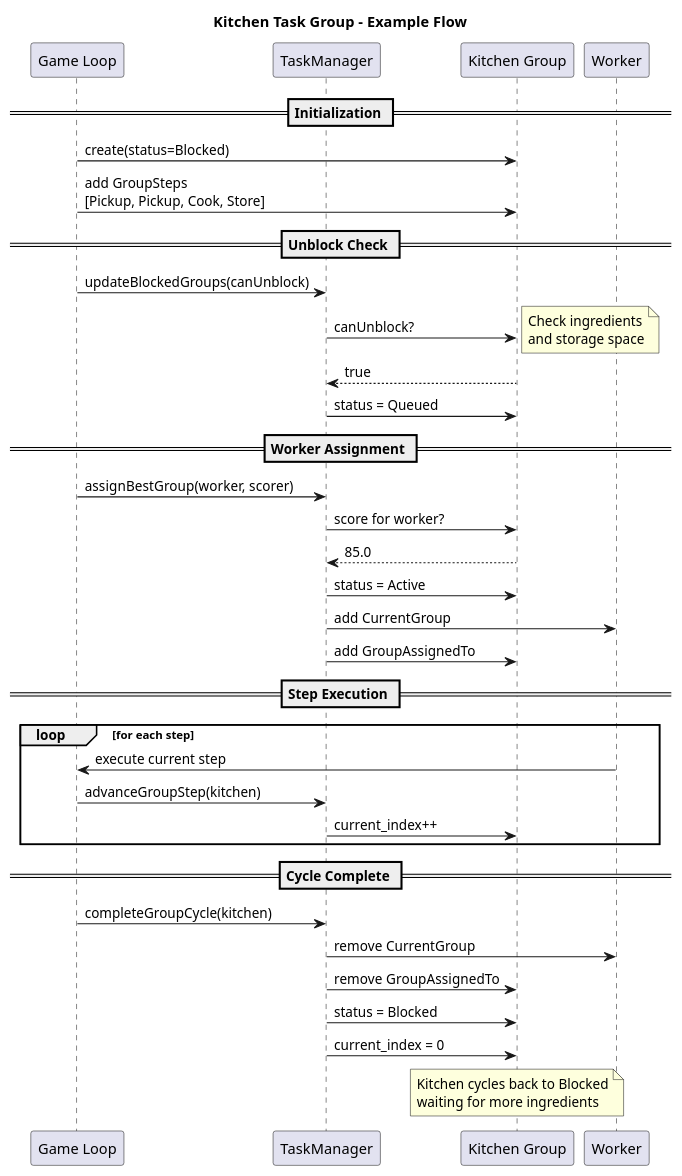
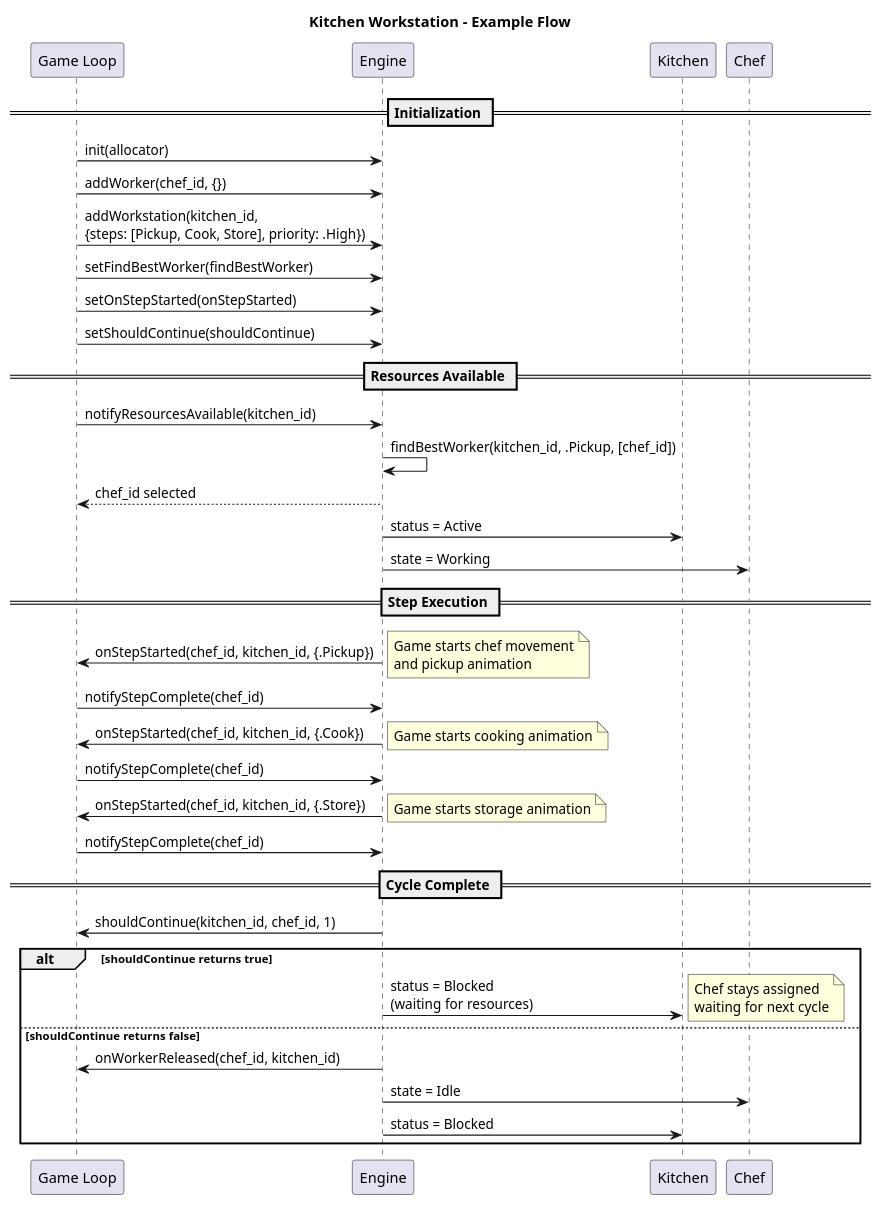
The diagram in uml/kitchen_example.puml (labelle-toolkit/labelle-tasks), drawn with PlantUML before and after one commit. The commit also changed 41 other files, not shown here.

```diff
--- a/uml/kitchen_example.puml
+++ b/uml/kitchen_example.puml
@@ -1,47 +1,49 @@
 @startuml kitchen_example
-title Kitchen Task Group - Example Flow
+title Kitchen Workstation - Example Flow
 
 participant "Game Loop" as game
-participant "TaskManager" as tm
-participant "Kitchen Group" as kitchen
-participant "Worker" as worker
+participant "Engine" as engine
+participant "Kitchen" as kitchen
+participant "Chef" as chef
 
 == Initialization ==
-game -> kitchen : create(status=Blocked)
-game -> kitchen : add GroupSteps\n[Pickup, Pickup, Cook, Store]
+game -> engine : init(allocator)
+game -> engine : addWorker(chef_id, {})
+game -> engine : addWorkstation(kitchen_id,\n{steps: [Pickup, Cook, Store], priority: .High})
+game -> engine : setFindBestWorker(findBestWorker)
+game -> engine : setOnStepStarted(onStepStarted)
+game -> engine : setShouldContinue(shouldContinue)
 
-== Unblock Check ==
-game -> tm : updateBlockedGroups(canUnblock)
-tm -> kitchen : canUnblock?
-note right: Check ingredients\nand storage space
-kitchen --> tm : true
-tm -> kitchen : status = Queued
-
-== Worker Assignment ==
-game -> tm : assignBestGroup(worker, scorer)
-tm -> kitchen : score for worker?
-kitchen --> tm : 85.0
-tm -> kitchen : status = Active
-tm -> worker : add CurrentGroup
-tm -> kitchen : add GroupAssignedTo
+== Resources Available ==
+game -> engine : notifyResourcesAvailable(kitchen_id)
+engine -> engine : findBestWorker(kitchen_id, .Pickup, [chef_id])
+engine --> game : chef_id selected
+engine -> kitchen : status = Active
+engine -> chef : state = Working
 
 == Step Execution ==
-loop for each step
-  worker -> game : execute current step
-  game -> tm : advanceGroupStep(kitchen)
-  tm -> kitchen : current_index++
+engine -> game : onStepStarted(chef_id, kitchen_id, {.Pickup})
+note right: Game starts chef movement\nand pickup animation
+
+game -> engine : notifyStepComplete(chef_id)
+engine -> game : onStepStarted(chef_id, kitchen_id, {.Cook})
+note right: Game starts cooking animation
+
+game -> engine : notifyStepComplete(chef_id)
+engine -> game : onStepStarted(chef_id, kitchen_id, {.Store})
+note right: Game starts storage animation
+
+game -> engine : notifyStepComplete(chef_id)
+
+== Cycle Complete ==
+engine -> game : shouldContinue(kitchen_id, chef_id, 1)
+alt shouldContinue returns true
+  engine -> kitchen : status = Blocked\n(waiting for resources)
+  note right: Chef stays assigned\nwaiting for next cycle
+else shouldContinue returns false
+  engine -> game : onWorkerReleased(chef_id, kitchen_id)
+  engine -> chef : state = Idle
+  engine -> kitchen : status = Blocked
 end
 
-== Cycle Complete ==
-game -> tm : completeGroupCycle(kitchen)
-tm -> worker : remove CurrentGroup
-tm -> kitchen : remove GroupAssignedTo
-tm -> kitchen : status = Blocked
-tm -> kitchen : current_index = 0
-
-note over kitchen
-  Kitchen cycles back to Blocked
-  waiting for more ingredients
-end note
-
 @enduml
```
